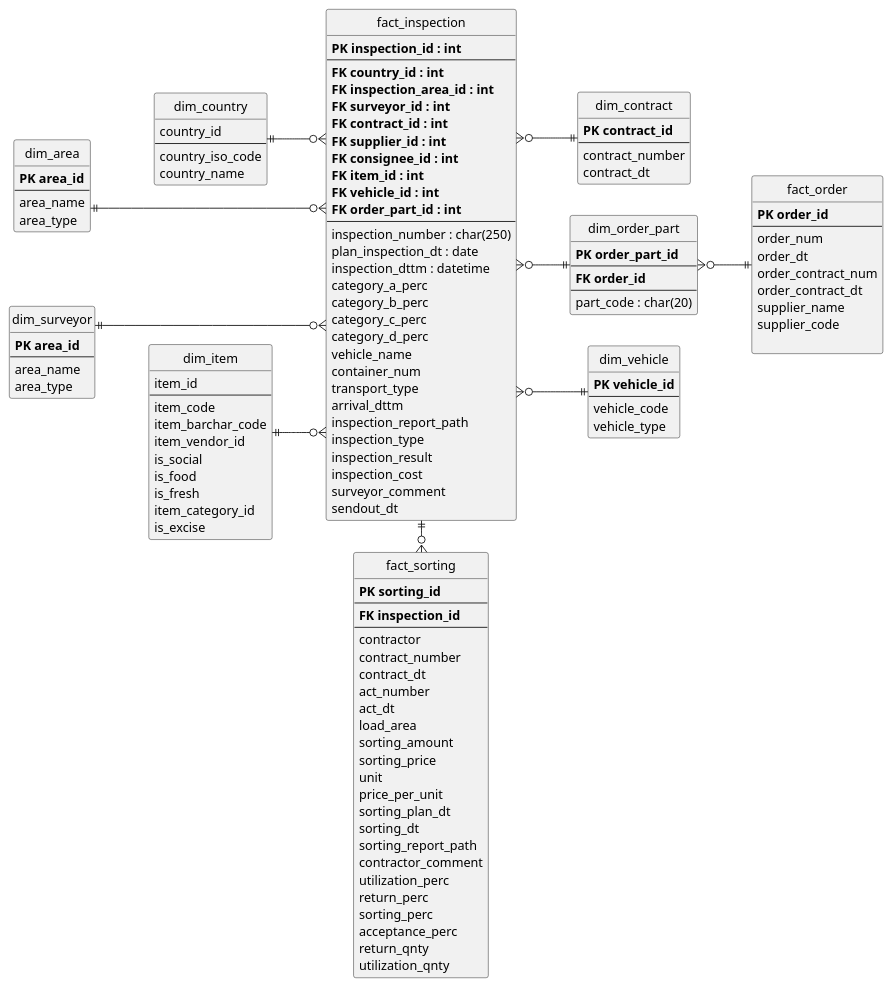
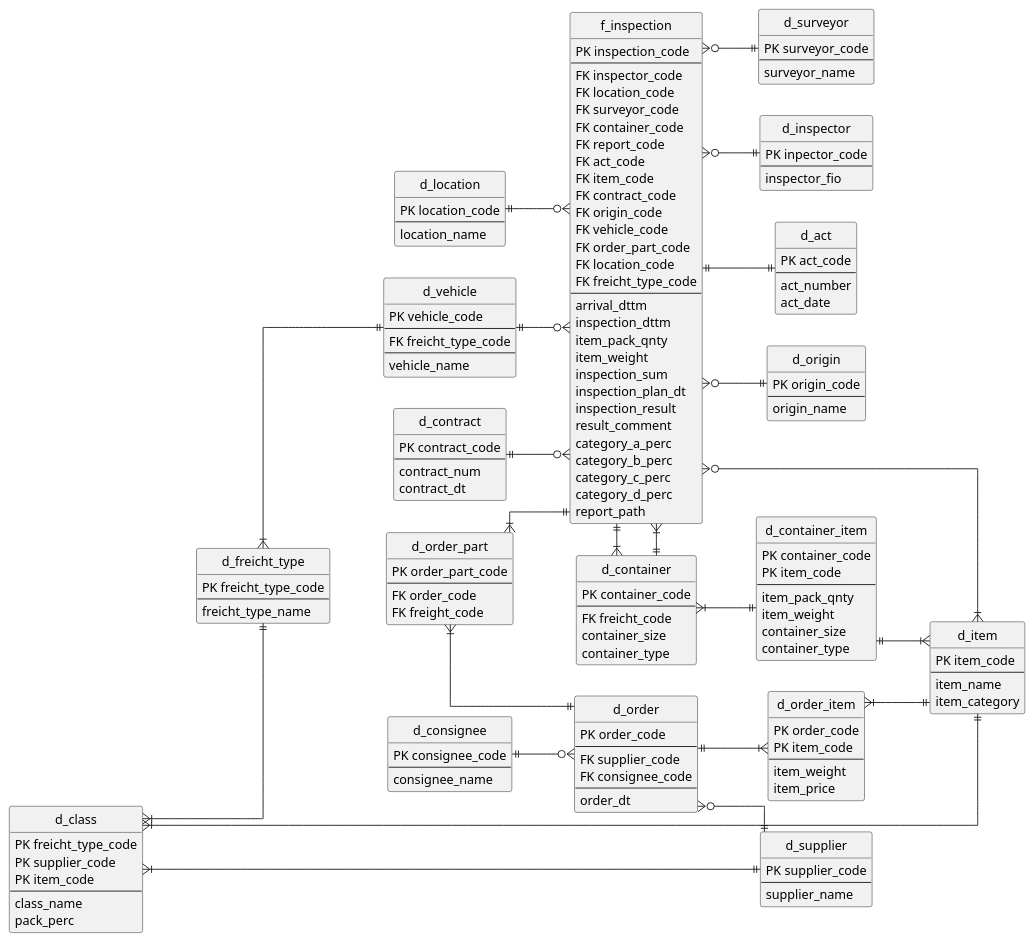
The diagram in 01_dwh_design/08_project/erd/inspections_dimensional_modelling.puml (rsnlearn/karpov_hard_de_40), drawn with PlantUML before and after one commit. The commit also changed other lines of this file, not shown here.

```diff
--- a/01_dwh_design/08_project/erd/inspections_dimensional_modelling.puml
+++ b/01_dwh_design/08_project/erd/inspections_dimensional_modelling.puml
@@ -1,151 +1,208 @@
-@startuml name "inspection dimensional modelling"
-' hide the spot
+@startuml
+
 hide circle
-
-left to right direction
 
 ' avoid problems with angled crows feet
 skinparam linetype ortho
 
-entity fact_inspection {
-    **PK inspection_id : int**
+left to right direction
+
+entity d_origin {
+    PK origin_code
     --
-    **FK country_id : int**
-    **FK inspection_area_id : int**
-    **FK surveyor_id : int**
-    **FK contract_id : int**
-    **FK supplier_id : int**
-    **FK consignee_id : int**
-    **FK item_id : int**
-    **FK vehicle_id : int**
-    **FK order_part_id : int**
+    origin_name
+}
+
+entity d_vehicle {
+    PK vehicle_code
     --
-    inspection_number : char(250)
-    plan_inspection_dt : date
-    inspection_dttm : datetime
+    FK freicht_type_code
+    --
+    vehicle_name
+}
+
+entity d_freicht_type {
+    PK freicht_type_code
+    --
+    freicht_type_name
+}
+
+entity d_container {
+    PK container_code
+    --
+    FK freicht_code
+    container_size
+    container_type
+}
+
+entity d_container_item {
+    PK container_code
+    PK item_code
+    --
+    item_pack_qnty
+    item_weight
+    container_size
+    container_type
+}
+
+entity d_order_item {
+    PK order_code
+    PK item_code
+    --
+    item_weight
+    item_price
+}
+
+entity d_contract{
+    PK contract_code
+    --
+    contract_num
+    contract_dt
+}
+
+entity f_inspection {
+    PK inspection_code
+    --
+    FK inspector_code
+    FK location_code
+    FK surveyor_code
+    FK container_code
+    FK report_code
+    FK act_code
+    FK item_code
+    FK contract_code
+    FK origin_code
+    FK vehicle_code
+    FK order_part_code
+    FK location_code
+    FK freicht_type_code
+    --
+    arrival_dttm
+    inspection_dttm
+    item_pack_qnty
+    item_weight
+    inspection_sum
+    inspection_plan_dt
+    inspection_result
+    result_comment
     category_a_perc
     category_b_perc
     category_c_perc
     category_d_perc
-    vehicle_name
-    container_num
-    transport_type
-    arrival_dttm
-    inspection_report_path
-    inspection_type
-    inspection_result
-    inspection_cost
-    surveyor_comment
-    sendout_dt
+    report_path
 }
 
-entity dim_country {
-    country_id
+entity d_item {
+    PK item_code
     --
-    country_iso_code
-    country_name
+    item_name
+    item_category
 }
 
-entity dim_item {
-    item_id
+entity d_order {
+    PK order_code
     --
-    item_code
-    item_barchar_code
-    item_vendor_id
-    is_social
-    is_food
-    is_fresh
-    item_category_id
-    is_excise
+    FK supplier_code
+    FK consignee_code
+    --
+    order_dt
 }
 
-entity dim_area {
-    **PK area_id**
+entity d_order_part {
+    PK order_part_code
     --
-    area_name
-    area_type
+    FK order_code
+    FK freight_code
 }
 
-entity dim_surveyor {
-    **PK area_id**
+entity d_supplier {
+    PK supplier_code
     --
-    area_name
-    area_type
+    supplier_name
 }
 
-entity dim_contract {
-    **PK contract_id**
+entity d_consignee {
+    PK consignee_code
     --
-    contract_number
-    contract_dt
+    consignee_name
 }
 
-entity fact_order {
-    **PK order_id**
+entity d_surveyor {
+    PK surveyor_code
     --
-    order_num
-    order_dt
-    order_contract_num
-    order_contract_dt
-    supplier_name
-    supplier_code
-
+    surveyor_name
 }
 
-entity dim_order_part {
-    **PK order_part_id**
+entity d_location {
+    PK location_code
     --
-    **FK order_id**
-    --
-    part_code : char(20)
+    location_name
 }
 
-entity dim_vehicle {
-    **PK vehicle_id**
+entity d_inspector {
+    PK inpector_code
     --
-    vehicle_code
-    vehicle_type
+    inspector_fio
 }
 
-entity fact_sorting {
-    **PK sorting_id**
+entity d_act{
+    PK act_code
     --
-    **FK inspection_id**
-    --
-    contractor
-    contract_number
-    contract_dt
     act_number
-    act_dt
-    load_area
-    sorting_amount
-    sorting_price
-    unit
-    price_per_unit
-    sorting_plan_dt
-    sorting_dt
-    sorting_report_path
-    contractor_comment
-    utilization_perc
-    return_perc
-    sorting_perc
-    acceptance_perc
-    return_qnty
-    utilization_qnty
+    act_date
 }
 
-dim_area ||..[hidden]|| dim_country
-dim_surveyor ||..[hidden]|| dim_item
-dim_country ||.down[hidden]|| dim_item
-dim_area ||--o{ fact_inspection
-dim_country ||--o{ fact_inspection
-dim_item ||--o{ fact_inspection
-dim_surveyor ||--o{ fact_inspection
-fact_inspection }o--|| dim_contract
-fact_inspection }o--|| dim_order_part
-fact_inspection }o--|| dim_vehicle
-dim_order_part }o--|| fact_order
-dim_country ||.down[hidden]|| dim_item
-fact_inspection ||-o{fact_sorting
+entity d_class {
+    PK freicht_type_code
+    PK supplier_code
+    PK item_code
+    --
+    class_name
+    pack_perc
+}
+
+f_inspection }o--|| d_origin
+
+f_inspection }o--up|| d_vehicle
+
+f_inspection ||-|{ d_container
+
+f_inspection }|-left|| d_container
+
+d_container }|--|| d_container_item
+
+d_container_item ||--|{ d_item
+
+d_order ||--|{ d_order_item
+
+d_order_item }|--|| d_item
+
+d_order ||-up-|{ d_order_part
+
+f_inspection ||-up-|{ d_order_part
+
+d_order }o--|| d_supplier
+
+d_order }o-up-|| d_consignee
+
+f_inspection }o--|| d_surveyor
+
+f_inspection }o--|{ d_item
+
+d_location ||--o{ f_inspection
+
+d_inspector ||--upo{ f_inspection
+
+d_contract ||--o{ f_inspection
+
+f_inspection ||--|| d_act
+
+d_class }|--|| d_supplier
+
+d_class }|--|| d_freicht_type
+
+d_class }|--|| d_item
+
+d_freicht_type }|--|| d_vehicle
 
 @enduml
```
